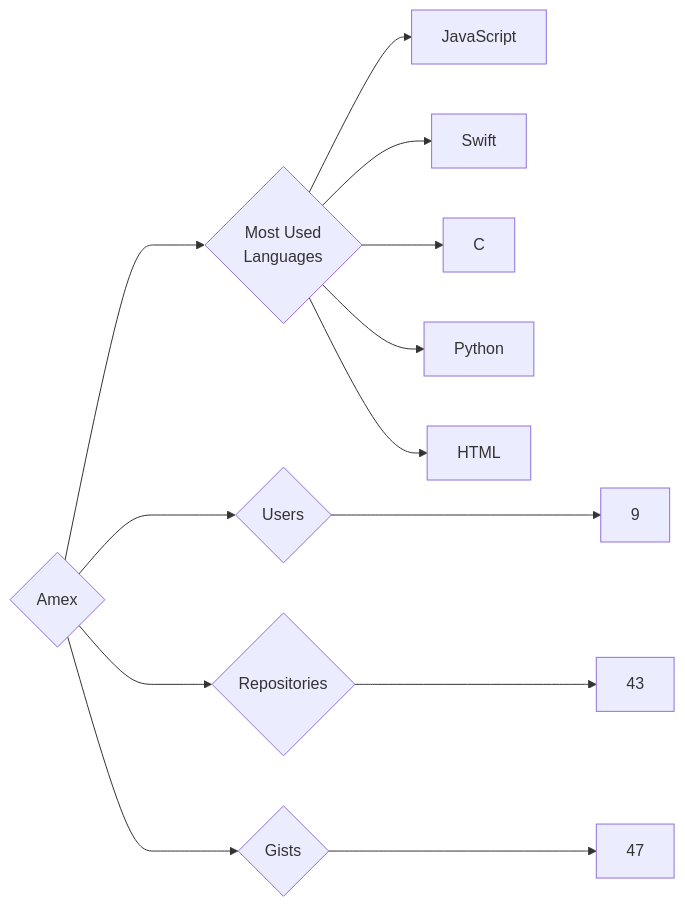
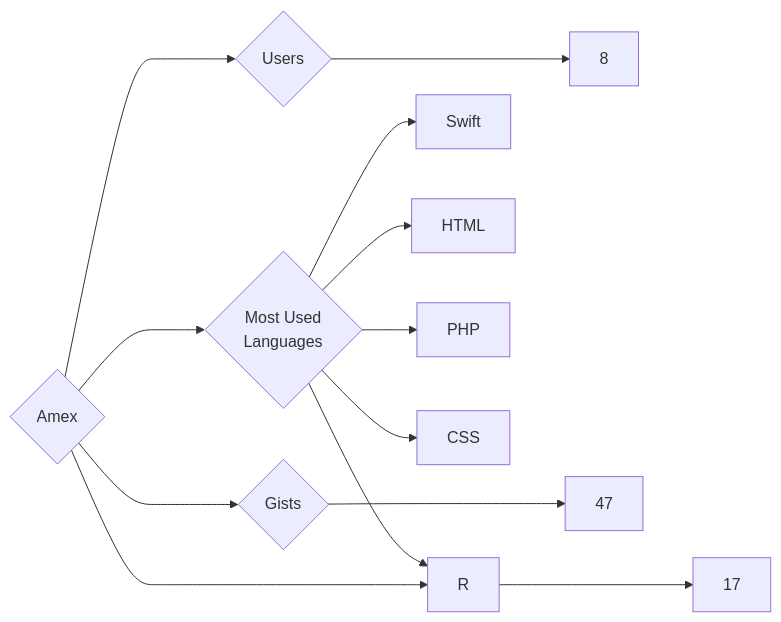
One commit to trickest/insiders changed the diagram in targets/Amex/README.md. Above: the diagram before and after it, drawn with Mermaid. The commit also changed 1055 other files, not shown here.

````diff
--- a/targets/Amex/README.md
+++ b/targets/Amex/README.md
@@ -3,13 +3,13 @@
 ```mermaid
 graph LR
 COMPANY_NAME{Amex}
-COMPANY_NAME ---> U{Users} ---> UN[9]
-COMPANY_NAME ---> R{Repositories} ---> RN[43]
+COMPANY_NAME ---> U{Users} ---> UN[8]
+COMPANY_NAME ---> R{Repositories} ---> RN[17]
 COMPANY_NAME ---> G{Gists} ---> GN[47]
 COMPANY_NAME ---> ML{Most Used<br>Languages}
-ML --> JavaScript[JavaScript]
 ML --> Swift[Swift]
-ML --> C[C]
-ML --> Python[Python]
 ML --> HTML[HTML]
+ML --> R[R]
+ML --> PHP[PHP]
+ML --> CSS[CSS]
 ```
````
